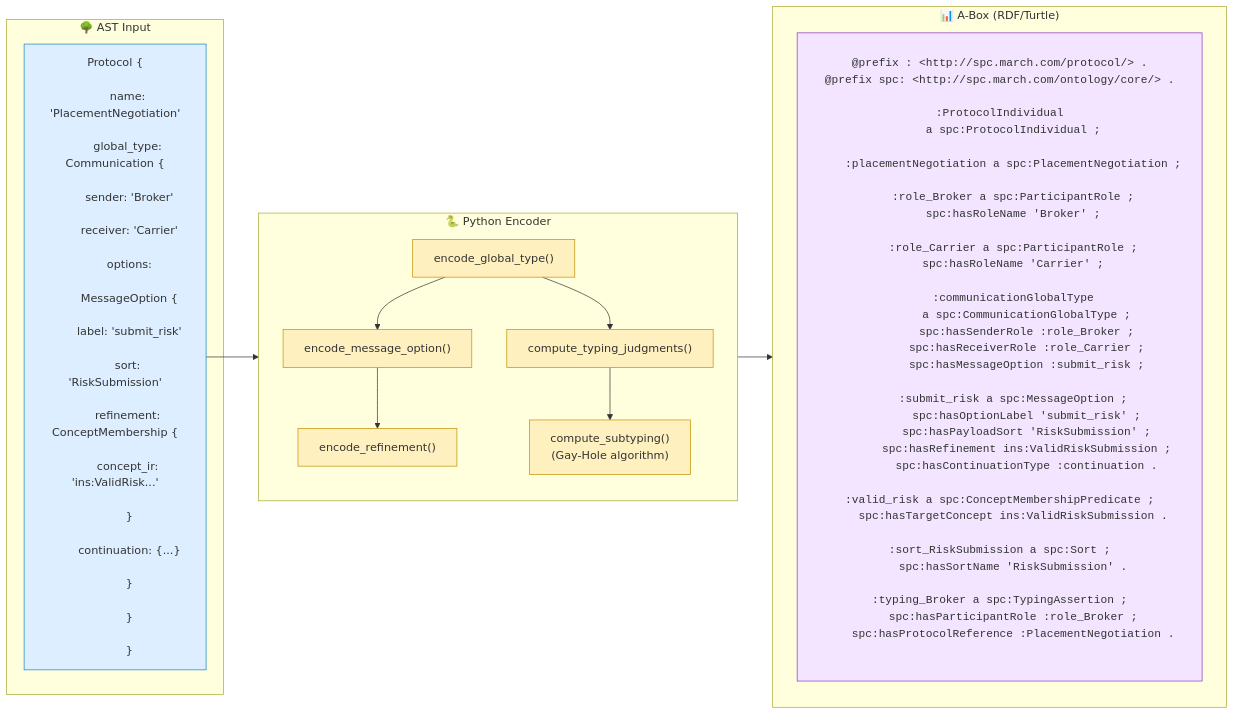
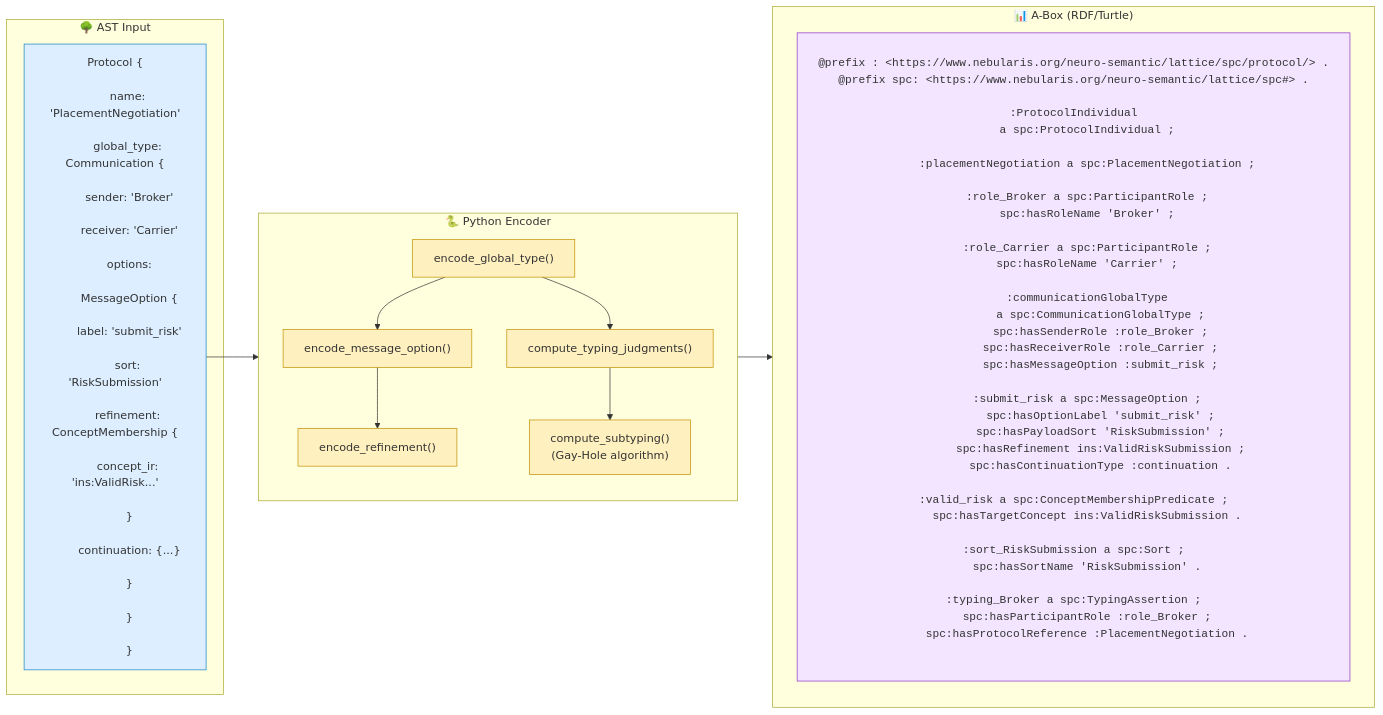
One commit to nebularis/lattice changed the third of 17 diagrams in ontology/spc/docs/architecture.md. Above: the diagram before and after it, drawn with Mermaid. The commit also changed other lines of this file and 334 other files, not shown here.

```diff
--- a/ontology/spc/docs/architecture.md
+++ b/ontology/spc/docs/architecture.md
@@ -214,8 +216,8 @@
 
     subgraph AB["📊 A-Box (RDF/Turtle)"]
         RDF["<pre>
-@prefix : &lt;http://spc.march.com/protocol/&gt; .
-@prefix spc: &lt;http://spc.march.com/ontology/core/&gt; .
+@prefix : &lt;https://www.nebularis.org/neuro-semantic/lattice/spc/protocol/&gt; .
+@prefix spc: &lt;https://www.nebularis.org/neuro-semantic/lattice/spc#&gt; .
 
 :ProtocolIndividual
     a spc:ProtocolIndividual ;
```
